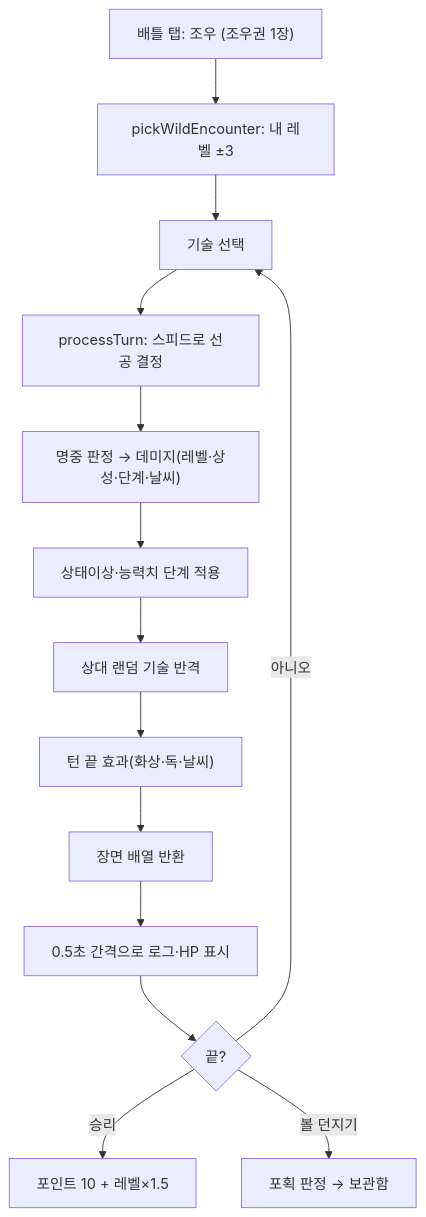
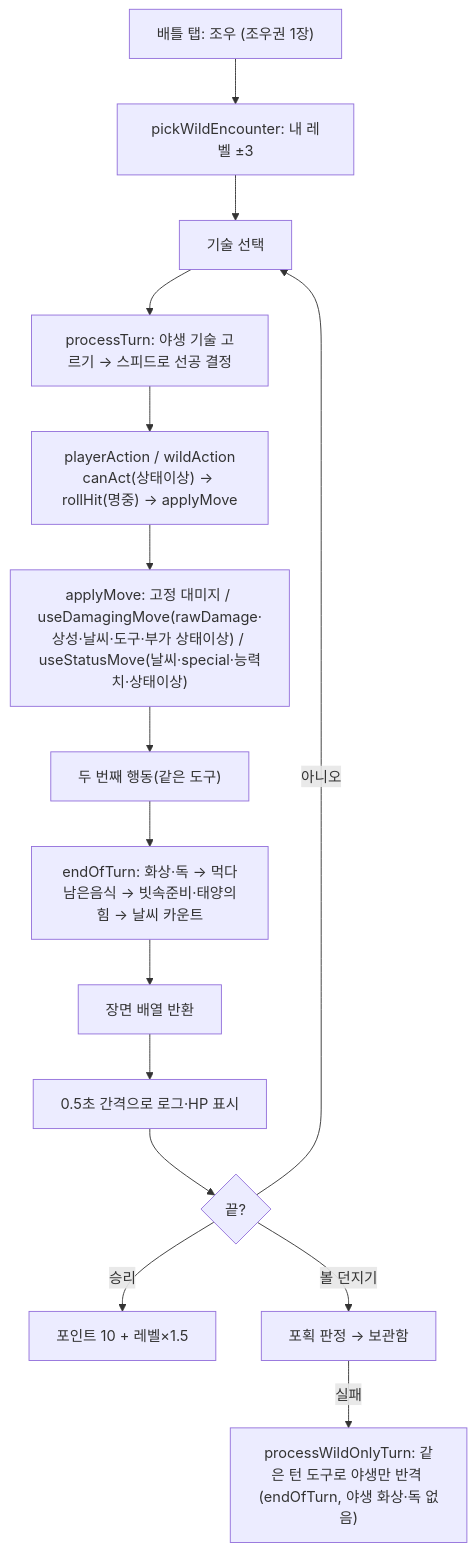
The second of 4 diagrams in docs/구현도.md (ESeungJun/poketmon_idle), drawn with Mermaid before and after one commit. The commit also changed other lines of this file and 7 other files, not shown here.

````diff
--- a/docs/구현도.md
+++ b/docs/구현도.md
@@ -71,16 +71,17 @@
 ```mermaid
 flowchart TD
   A["배틀 탭: 조우 (조우권 1장)"] --> B["pickWildEncounter: 내 레벨 ±3"]
   B --> C["기술 선택"]
-  C --> D["processTurn: 스피드로 선공 결정"]
-  D --> E["명중 판정 → 데미지(레벨·상성·단계·날씨)"]
-  E --> F["상태이상·능력치 단계 적용"]
-  F --> G["상대 랜덤 기술 반격"]
-  G --> H["턴 끝 효과(화상·독·날씨)"]
+  C --> D["processTurn: 야생 기술 고르기 → 스피드로 선공 결정"]
+  D --> E["playerAction / wildAction<br/>canAct(상태이상) → rollHit(명중) → applyMove"]
+  E --> F["applyMove: 고정 대미지 / useDamagingMove(rawDamage·상성·날씨·도구·부가 상태이상) / useStatusMove(날씨·special·능력치·상태이상)"]
+  F --> G["두 번째 행동(같은 도구)"]
+  G --> H["endOfTurn: 화상·독 → 먹다남은음식 → 빗속준비·태양의힘 → 날씨 카운트"]
   H --> I["장면 배열 반환"]
   I --> J["0.5초 간격으로 로그·HP 표시"]
   J --> K{"끝?"}
   K -- "아니오" --> C
   K -- "승리" --> W["포인트 10 + 레벨×1.5"]
   K -- "볼 던지기" --> CAP["포획 판정 → 보관함"]
+  CAP -- "실패" --> WO["processWildOnlyTurn: 같은 턴 도구로 야생만 반격 (endOfTurn, 야생 화상·독 없음)"]
 ```
````
